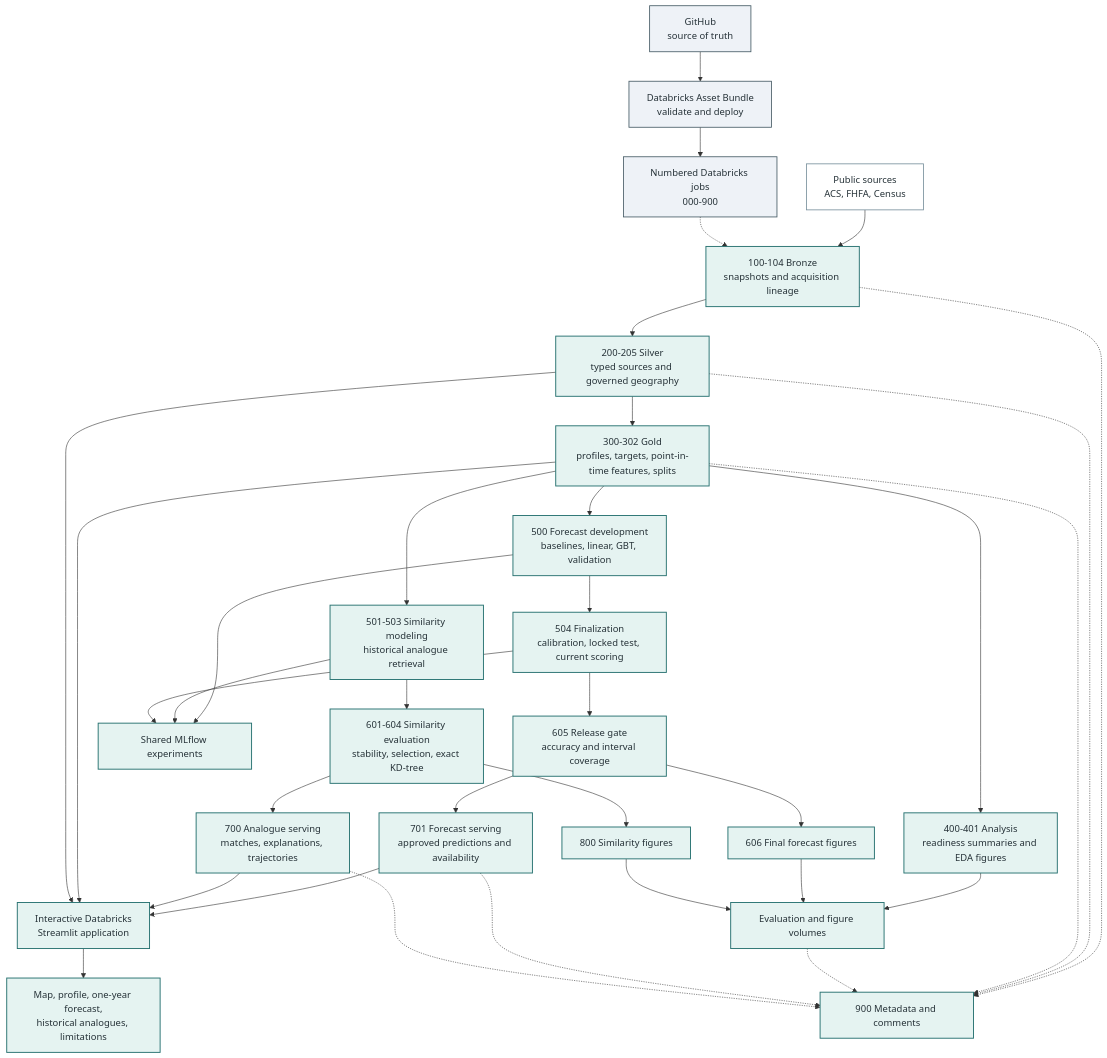
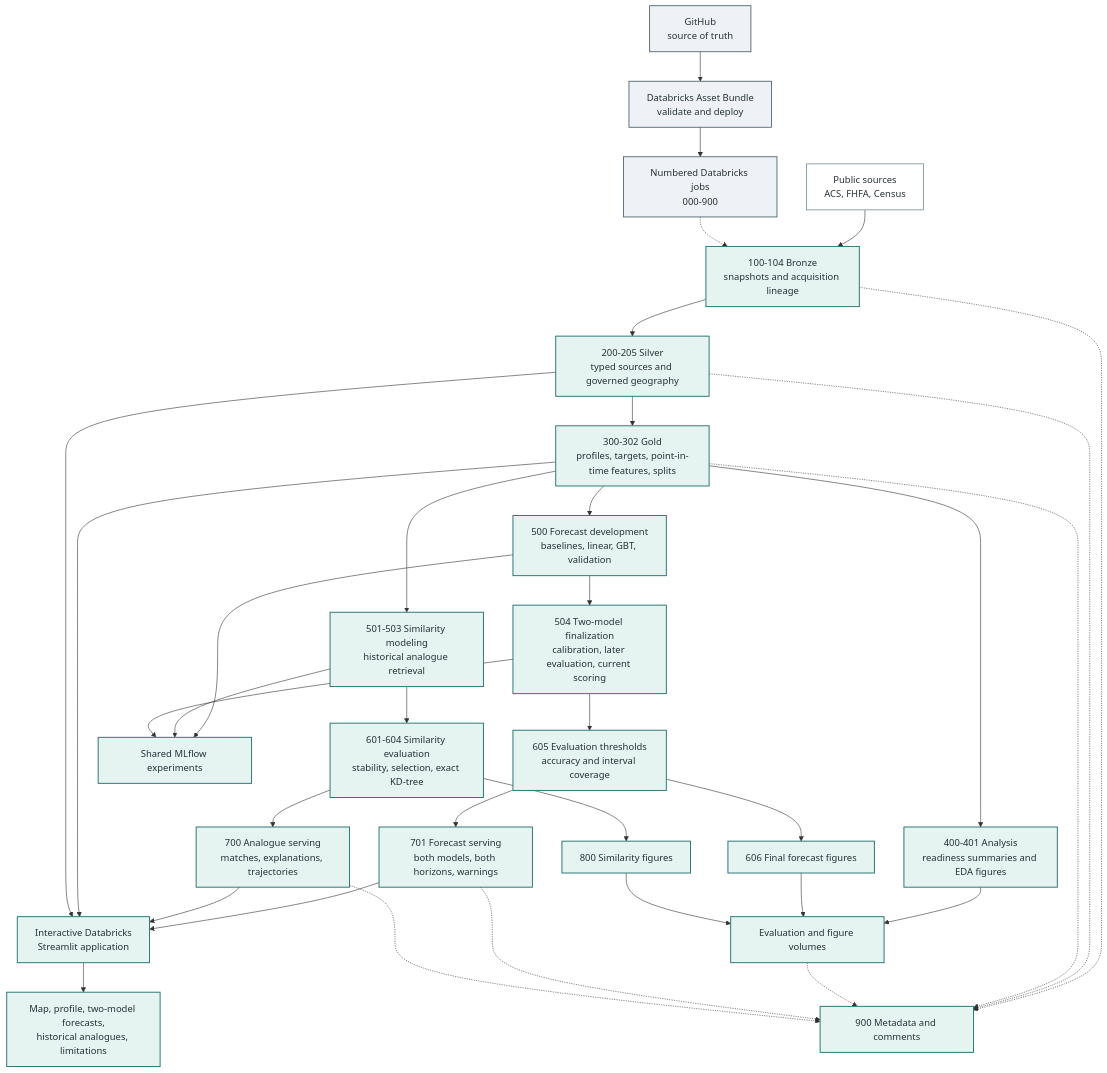
The diagram in README.md (n-tamm/neighborhood-digital-twin), drawn with Mermaid before and after one commit. The commit also changed other lines of this file and 47 other files, not shown here.

Commit message:
Corrected forecasting to retain both supervised models

````diff
--- a/README.md
+++ b/README.md
@@ -63,49 +64,49 @@
 ```mermaid
 flowchart TB
     GIT["GitHub<br/>source of truth"] --> DAB["Databricks Asset Bundle<br/>validate and deploy"]
     DAB --> JOBS["Numbered Databricks jobs<br/>000-900"]
 
     SRC["Public sources<br/>ACS, FHFA, Census"] --> B["100-104 Bronze<br/>snapshots and acquisition lineage"]
     JOBS -.-> B
     B --> S["200-205 Silver<br/>typed sources and governed geography"]
     S --> G["300-302 Gold<br/>profiles, targets, point-in-time features, splits"]
     G --> EDA["400-401 Analysis<br/>readiness summaries and EDA figures"]
 
     G --> FDEV["500 Forecast development<br/>baselines, linear, GBT, validation"]
-    FDEV --> FFINAL["504 Finalization<br/>calibration, locked test, current scoring"]
-    FFINAL --> FGATE["605 Release gate<br/>accuracy and interval coverage"]
+    FDEV --> FFINAL["504 Two-model finalization<br/>calibration, later evaluation, current scoring"]
+    FFINAL --> FGATE["605 Evaluation thresholds<br/>accuracy and interval coverage"]
     FGATE --> FFIG["606 Final forecast figures"]
-    FGATE --> FSERVE["701 Forecast serving<br/>approved predictions and availability"]
+    FGATE --> FSERVE["701 Forecast serving<br/>both models, both horizons, warnings"]
 
     G --> SIM["501-503 Similarity modeling<br/>historical analogue retrieval"]
     SIM --> SEVAL["601-604 Similarity evaluation<br/>stability, selection, exact KD-tree"]
     SEVAL --> SSERVE["700 Analogue serving<br/>matches, explanations, trajectories"]
     SEVAL --> SFIG["800 Similarity figures"]
 
     FDEV --> MLF["Shared MLflow experiments"]
     SIM --> MLF
     FFINAL --> MLF
     EDA --> EV["Evaluation and figure volumes"]
     FFIG --> EV
     SFIG --> EV
 
     FSERVE --> APP["Interactive Databricks<br/>Streamlit application"]
     SSERVE --> APP
     G --> APP
     S --> APP
-    APP --> USER["Map, profile, one-year forecast,<br/>historical analogues, limitations"]
+    APP --> USER["Map, profile, two-model forecasts,<br/>historical analogues, limitations"]
 
     B -.-> META["900 Metadata and comments"]
     S -.-> META
     G -.-> META
     EV -.-> META
     FSERVE -.-> META
     SSERVE -.-> META
 
     classDef control fill:#EEF2F7,stroke:#455A64,color:#263238,stroke-width:1.4px;
     classDef source fill:#FFFFFF,stroke:#78909C,color:#263238,stroke-width:1.4px;
     classDef implemented fill:#E5F3F1,stroke:#287271,color:#263238,stroke-width:1.6px;
     class GIT,DAB,JOBS control;
     class SRC source;
     class B,S,G,EDA,FDEV,FFINAL,FGATE,FFIG,FSERVE,SIM,SEVAL,SSERVE,SFIG,MLF,EV,META,APP,USER implemented;
 ```
````
